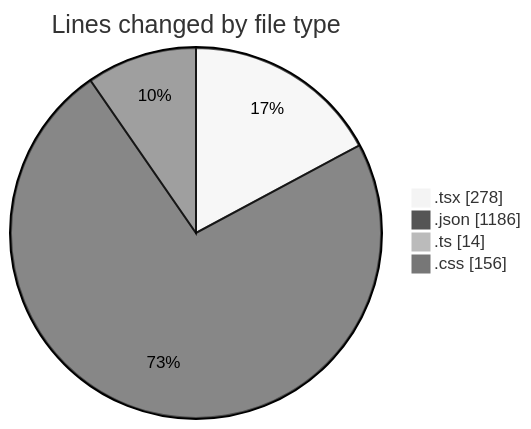
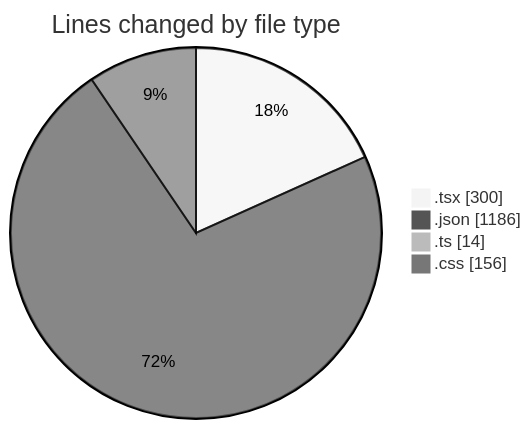
Before and after one commit to EIIisD/code-tracking: the first of 2 diagrams in 2025-08-04/tw-server/README.md, drawn with Mermaid (neutral theme). The commit also changed other lines of this file and 1 other file, not shown here.

````diff
--- a/2025-08-04/tw-server/README.md
+++ b/2025-08-04/tw-server/README.md
@@ -25,8 +25,8 @@
 ```mermaid
 pie showData
 title Lines changed by file type
-".tsx" : 278
+".tsx" : 300
 ".json" : 1186
 ".ts" : 14
 ".css" : 156
 ```
````
